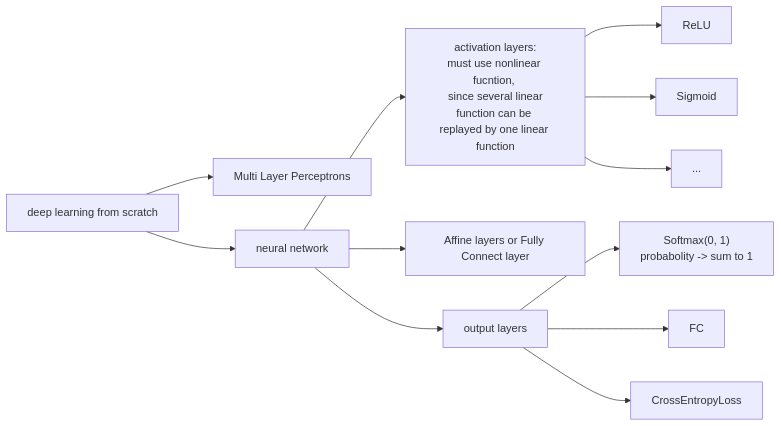
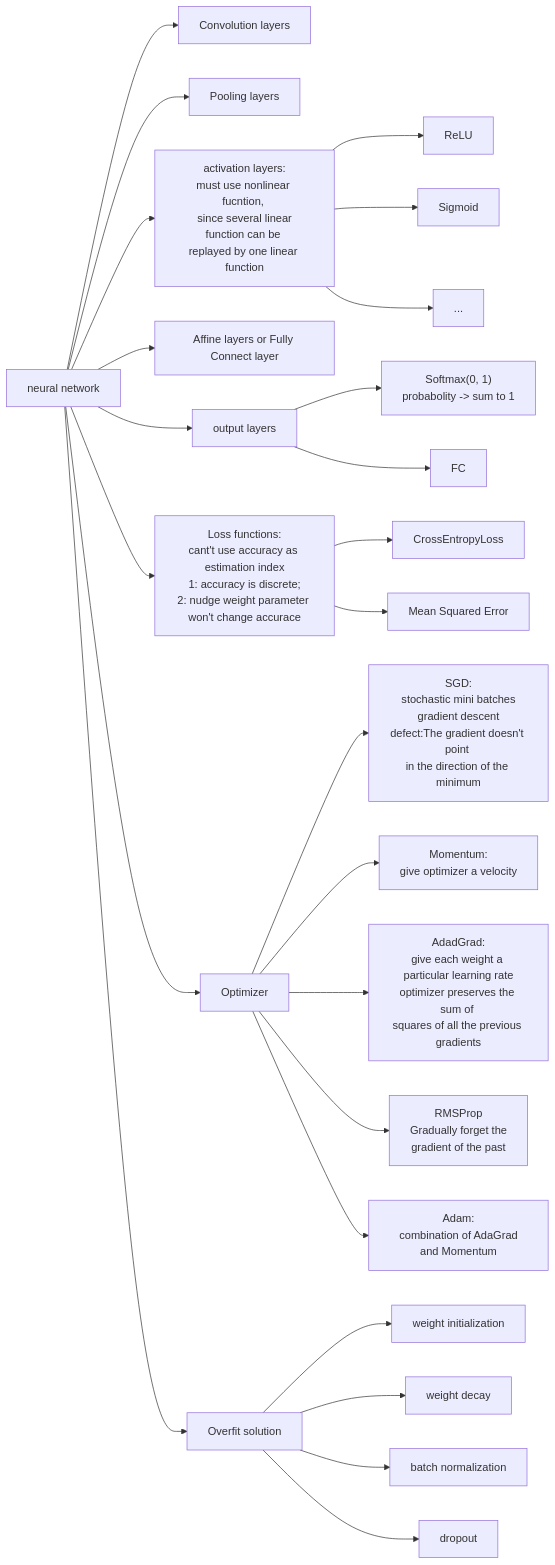
One commit to Chenkehan21/My-deep-learning-from-scratch changed the diagram in README.md. Above: the diagram before and after it, drawn with Mermaid.

````diff
--- a/README.md
+++ b/README.md
@@ -53,14 +53,48 @@
 ```mermaid
 graph LR;
-    A[deep learning from scratch]-->B[Multi Layer Perceptrons];
-    A-->C[neural network];
+    C[neural network];
+
+    C-->x1[Convolution layers]
+
+    C-->x2[Pooling layers]
+
     C-->D[activation layers:<br/>must use nonlinear fucntion, <br> since several linear function can be <br/>replayed by one linear function];
+
+
     D-->D1[ReLU];
+
     D-->D2[Sigmoid];
+
     D-->D3[...];
+
     C-->E[Affine layers or Fully Connect layer];
+
     C-->F[output layers];
+
     F-->F1["Softmax(0, 1)<br/>probabolity -> sum to 1"];
+    
     F-->F2[FC];
-    F-->F3[CrossEntropyLoss];
+
+    C-->G["Loss functions:<br/>cant't use accuracy as estimation index<br/>1: accuracy is discrete;<br/>2: nudge weight parameter won't change accurace"]-->G1[CrossEntropyLoss];
+    
+    G-->G2[Mean Squared Error];
+
+    C-->H[Optimizer];
+    
+    H-->H1["SGD:<br/>stochastic mini batches<br/>gradient descent<br/>defect:The gradient doesn't point <br/>in the direction of the minimum"];
+    
+    H-->H2["Momentum:<br/> give optimizer a velocity<br/>"];
+    
+    H-->H3["AdadGrad:<br/>give each weight a <br/>particular learning rate<br/>optimizer preserves the sum of <br/>squares of all the previous gradients"];
+    
+    H-->H4["RMSProp<br/>Gradually forget the<br/> gradient of the past"];
+    
+    H-->H5["Adam:<br/> combination of AdaGrad and Momentum"];
+
+    C-->I[Overfit solution]
+    I-->I1[weight initialization]
+    I-->I2[weight decay]
+    I-->I3[batch normalization]
+    I-->I4[dropout]
+
 ```
````
